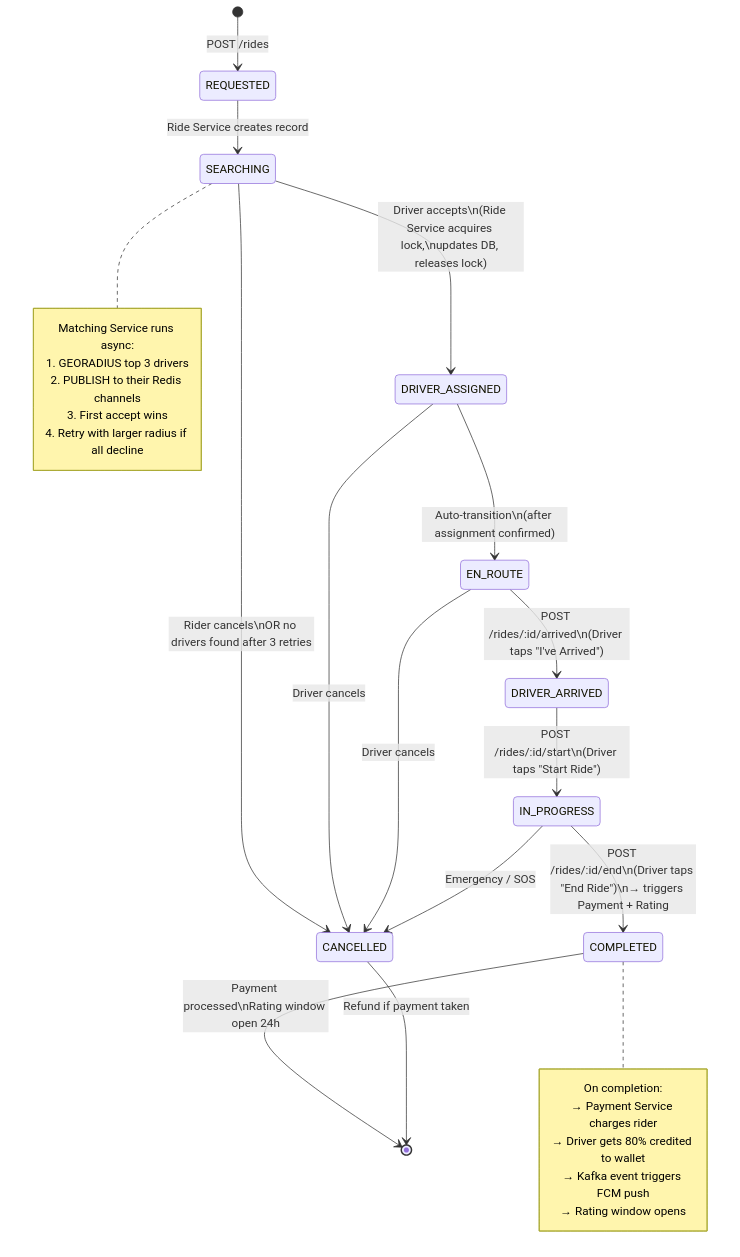
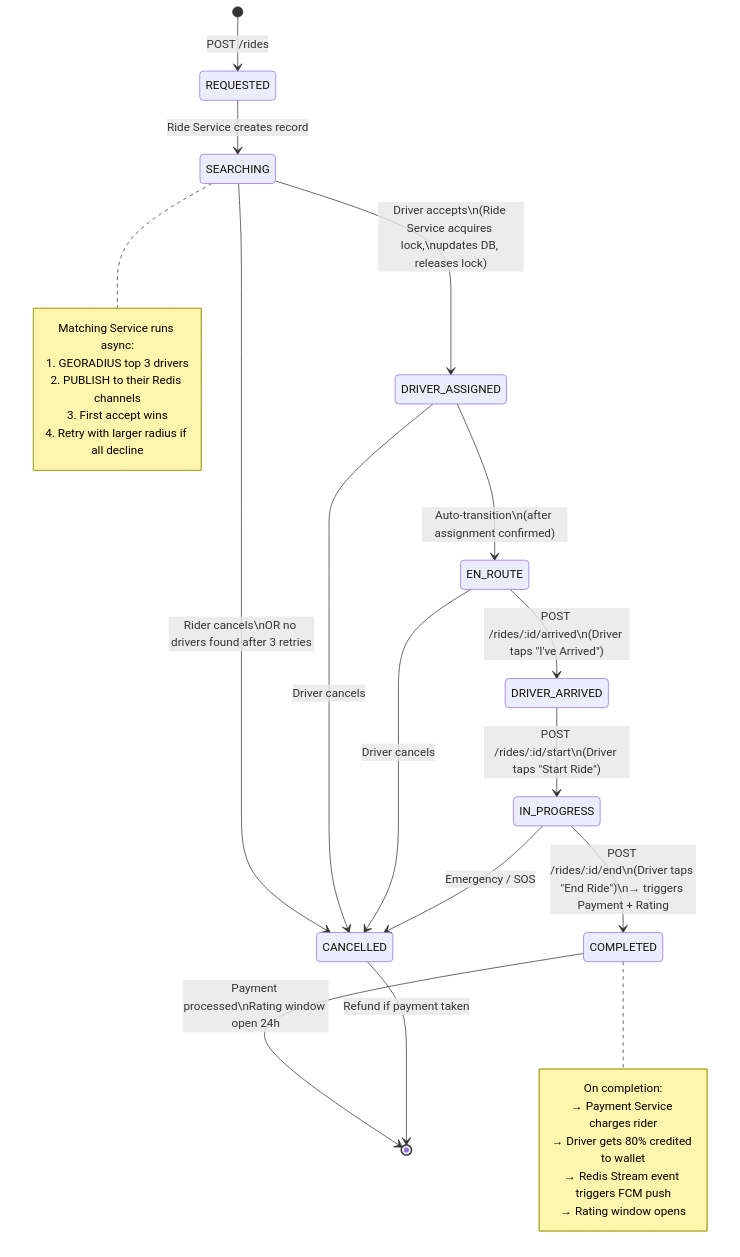
One commit to abhishekc98/ride-sharing-app changed the ninth of 12 diagrams in ARCHITECTURE.md. Above: the diagram before and after it, drawn with Mermaid. The commit also changed other lines of this file and 6 other files, not shown here.

````diff
--- a/ARCHITECTURE.md
+++ b/ARCHITECTURE.md
@@ -538,39 +538,39 @@
 ```mermaid
 stateDiagram-v2
     [*] --> REQUESTED : POST /rides
 
     REQUESTED --> SEARCHING : Ride Service creates record
 
     SEARCHING --> DRIVER_ASSIGNED : Driver accepts\n(Ride Service acquires lock,\nupdates DB, releases lock)
     SEARCHING --> CANCELLED : Rider cancels\nOR no drivers found after 3 retries
 
     DRIVER_ASSIGNED --> EN_ROUTE : Auto-transition\n(after assignment confirmed)
     DRIVER_ASSIGNED --> CANCELLED : Driver cancels
 
     EN_ROUTE --> DRIVER_ARRIVED : POST /rides/:id/arrived\n(Driver taps "I've Arrived")
     EN_ROUTE --> CANCELLED : Driver cancels
 
     DRIVER_ARRIVED --> IN_PROGRESS : POST /rides/:id/start\n(Driver taps "Start Ride")
 
     IN_PROGRESS --> COMPLETED : POST /rides/:id/end\n(Driver taps "End Ride")\n→ triggers Payment + Rating
     IN_PROGRESS --> CANCELLED : Emergency / SOS
 
     COMPLETED --> [*] : Payment processed\nRating window open 24h
     CANCELLED --> [*] : Refund if payment taken
 
     note right of SEARCHING
         Matching Service runs async:
         1. GEORADIUS top 3 drivers
         2. PUBLISH to their Redis channels
         3. First accept wins
         4. Retry with larger radius if all decline
     end note
 
     note right of COMPLETED
         On completion:
         → Payment Service charges rider
         → Driver gets 80% credited to wallet
-        → Kafka event triggers FCM push
+        → Redis Stream event triggers FCM push
         → Rating window opens
     end note
 ```
````
